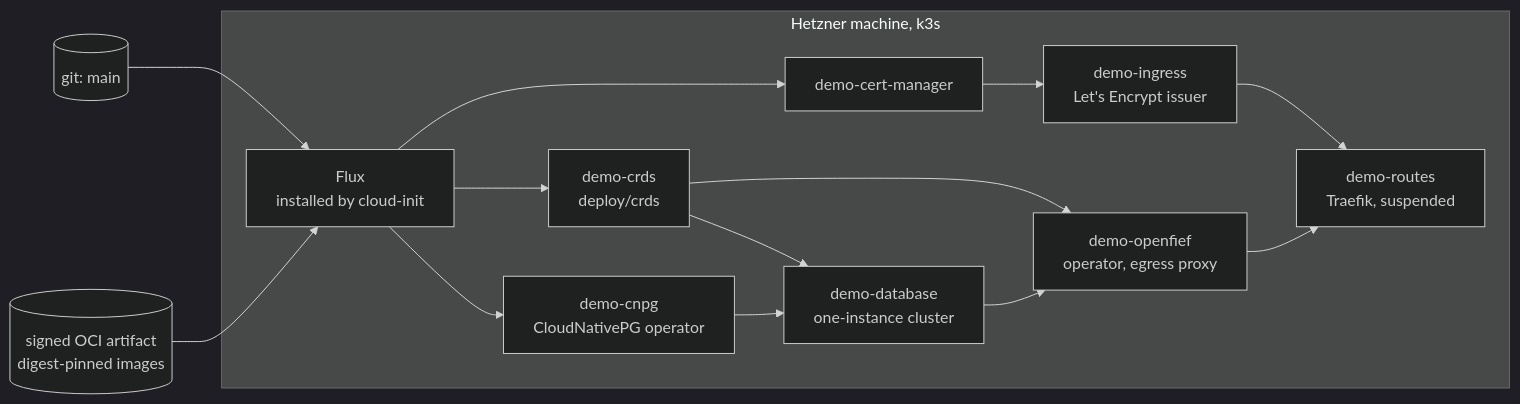
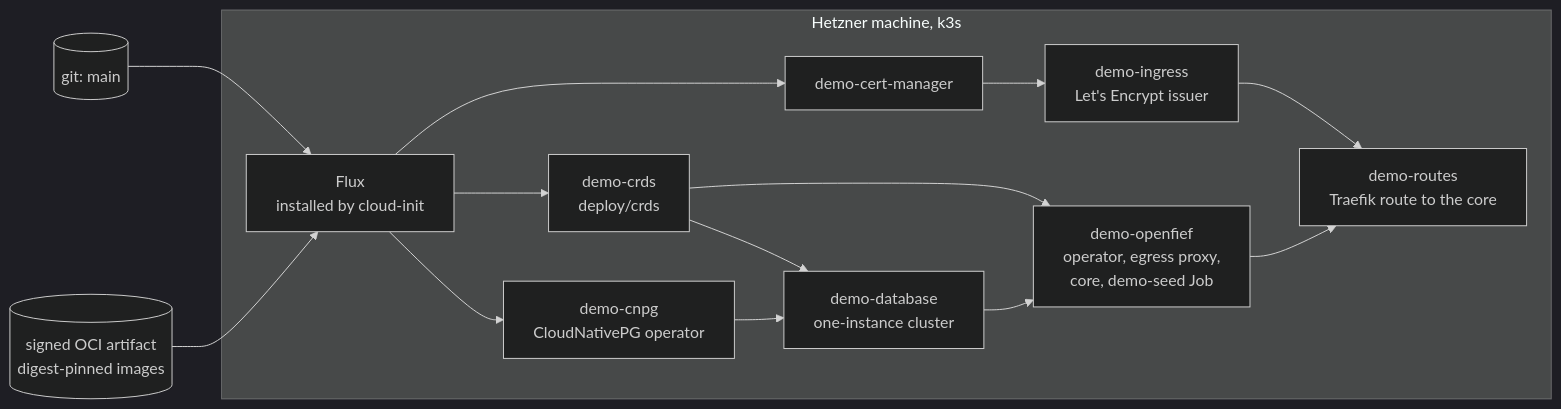
One commit to arkadiuss/openfief changed the fifth of 5 diagrams in docs/architecture.md. Above: the diagram before and after it, drawn with Mermaid (dark theme). The commit also changed other lines of this file and 103 other files, not shown here.

````diff
--- a/docs/architecture.md
+++ b/docs/architecture.md
@@ -138,24 +144,24 @@
 ```mermaid
 flowchart LR
   git[("git: main")]
   oci[("signed OCI artifact<br/>digest-pinned images")]
   subgraph machine["Hetzner machine, k3s"]
     flux["Flux<br/>installed by cloud-init"]
     crds["demo-crds<br/>deploy/crds"]
     cnpg["demo-cnpg<br/>CloudNativePG operator"]
     db["demo-database<br/>one-instance cluster"]
     cm["demo-cert-manager"]
     ing["demo-ingress<br/>Let's Encrypt issuer"]
-    routes["demo-routes<br/>Traefik, suspended"]
-    of["demo-openfief<br/>operator, egress proxy"]
+    routes["demo-routes<br/>Traefik route to the core"]
+    of["demo-openfief<br/>operator, egress proxy,<br/>core, demo-seed Job"]
   end
   git --> flux
   oci --> flux
   flux --> crds & cnpg & cm
   crds --> db
   cnpg --> db
   cm --> ing --> routes
   crds --> of
   db --> of
   of --> routes
 ```
````
